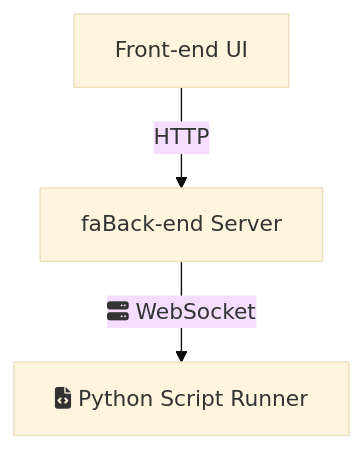
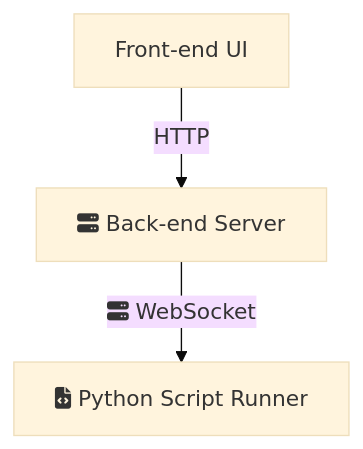
One commit to AlkeySheng/iodraw-files changed the diagram in all/未命名.md. Above: the diagram before and after it, drawn with Mermaid (base theme).

Commit message:
2024-05-20 14:55:50 update

````diff
--- a/all/未命名.md
+++ b/all/未命名.md
@@ -1,6 +1,6 @@
 ```mermaid
 graph TD
-    A[Front-end UI] -->|HTTP| B[faBack-end Server]
+    A[Front-end UI] -->|HTTP| B[fa:fa-server Back-end Server]
     B -->|fa:fa-server WebSocket| C[fa:fa-file-code Python Script Runner]
 
 ```
````
